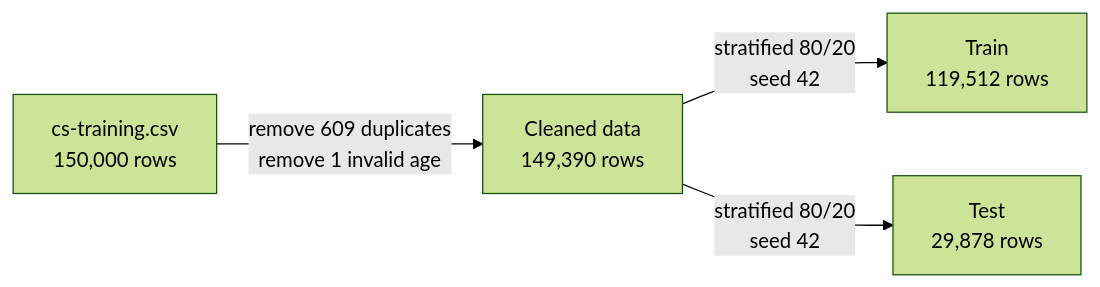
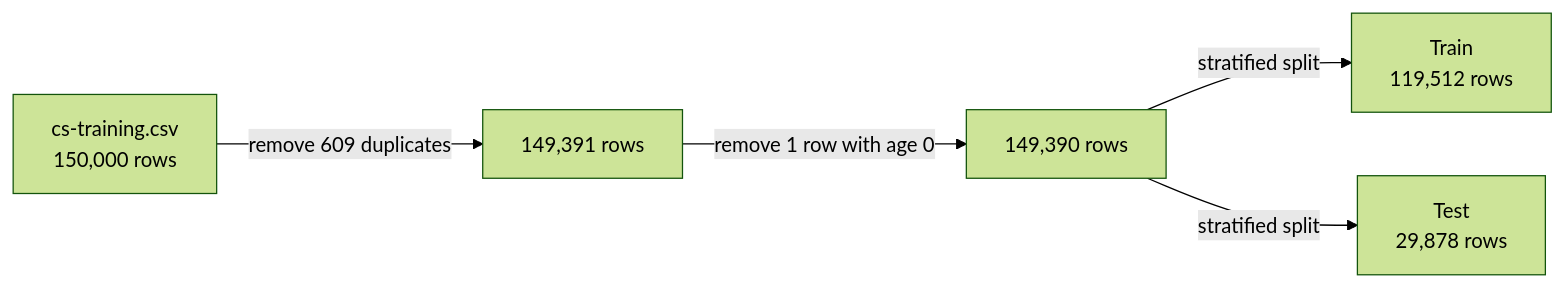
The second of 2 diagrams in README.md (mrpaul-10/CodeAlpha_CreditScoringModel), drawn with Mermaid (forest theme) before and after one commit. The commit also changed other lines of this file, not shown here.

````diff
--- a/README.md
+++ b/README.md
@@ -96,6 +97,7 @@
 ```mermaid
 flowchart LR
-    A[cs-training.csv<br/>150,000 rows] -->|remove 609 duplicates<br/>remove 1 invalid age| B[Cleaned data<br/>149,390 rows]
-    B -->|stratified 80/20<br/>seed 42| C[Train<br/>119,512 rows]
-    B -->|stratified 80/20<br/>seed 42| D[Test<br/>29,878 rows]
+    A[cs-training.csv<br/>150,000 rows] -->|remove 609 duplicates| B[149,391 rows]
+    B -->|remove 1 row with age 0| C[149,390 rows]
+    C -->|stratified split| D[Train<br/>119,512 rows]
+    C -->|stratified split| E[Test<br/>29,878 rows]
 ```
````
